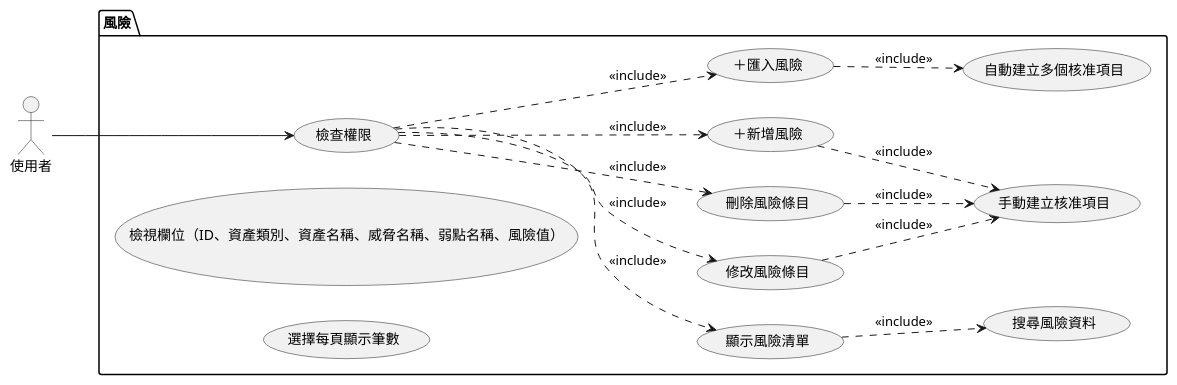
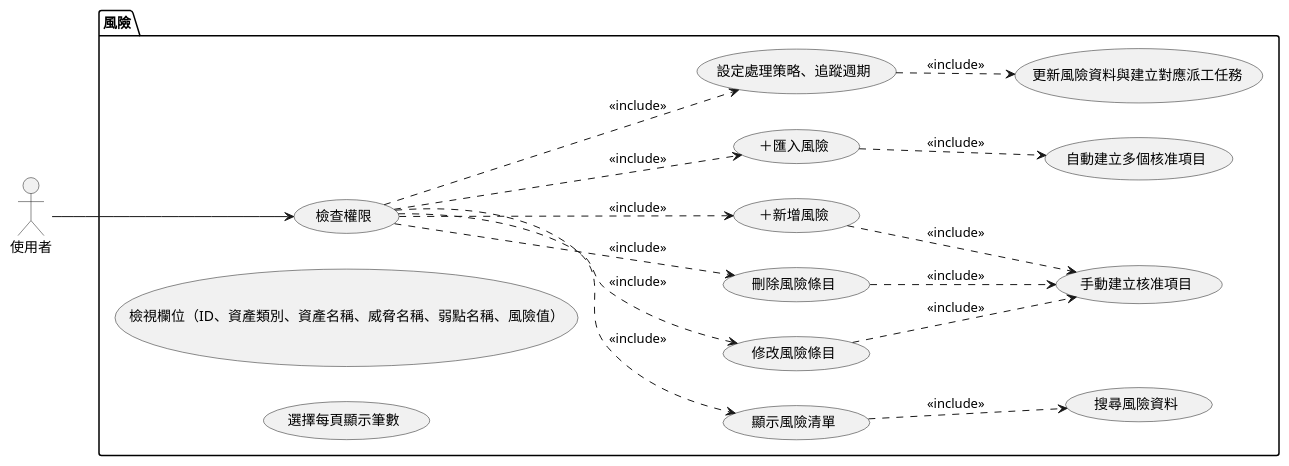
The diagram in plantUML/user_case/risk_overview&edit.puml (walle45611/NTUB_SecuManag_Diagram), drawn with PlantUML before and after one commit. The commit also changed 27 other files, not shown here.

Commit message:
feat: 刪除資產設定相關的 PlantUML 文件，更新個人核准流程中的顯示資訊，調整風險概覽中的用例編號及新增用例。 (#76)

```diff
--- a/plantUML/user_case/risk_overview&edit.puml
+++ b/plantUML/user_case/risk_overview&edit.puml
@@ -1,34 +1,38 @@
 @startuml risk_overview
 
 left to right direction
 
 actor 使用者
 
 package "風險" {
-    usecase "檢查權限" as UC13
+    usecase "檢查權限" as UC15
     usecase "顯示風險清單" as UC1
     usecase "檢視欄位（ID、資產類別、資產名稱、威脅名稱、弱點名稱、風險值）" as UC2
     usecase "選擇每頁顯示筆數" as UC3
     usecase "搜尋風險資料" as UC4
     usecase "修改風險條目" as UC6
     usecase "刪除風險條目" as UC7
     usecase "＋新增風險" as UC9
     usecase "＋匯入風險" as UC10
     usecase "手動建立核准項目" as UC11
     usecase "自動建立多個核准項目" as UC12
+    usecase "設定處理策略、追蹤週期" as UC13
+    usecase "更新風險資料與建立對應派工任務" as UC14
 }
 
-使用者 --> UC13
-UC13 .down.> UC1 : <<include>>
-UC13 .down.> UC6 : <<include>>
-UC13 .down.> UC7 : <<include>>
-UC13 .down.> UC9 : <<include>>
-UC13 .down.> UC10 : <<include>>
+使用者 --> UC15
+UC15 .down.> UC1 : <<include>>
+UC15 .down.> UC6 : <<include>>
+UC15 .down.> UC7 : <<include>>
+UC15 .down.> UC9 : <<include>>
+UC15 .down.> UC10 : <<include>>
+UC15 .down.> UC13 : <<include>>
 
 UC1 .down.> UC4 : <<include>>
 UC6 .down.> UC11 : <<include>>
 UC7 .down.> UC11 : <<include>>
 UC9 .down.> UC11 : <<include>>
 UC10 .down.> UC12 : <<include>>
+UC13 .down.> UC14 : <<include>>
 
 @enduml
```
